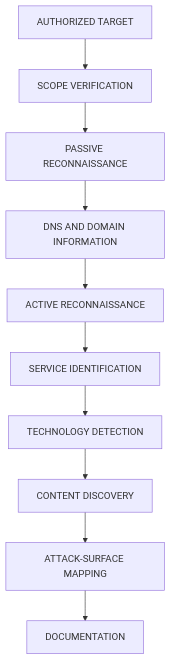
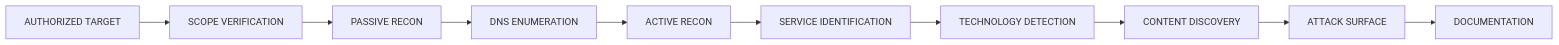
One commit to GhostMaskR/Web-Application-Basics changed the third of 5 diagrams in README.md. Above: the diagram before and after it, drawn with Mermaid. The commit also changed other lines of this file, not shown here.

````diff
--- a/README.md
+++ b/README.md
@@ -311,12 +323,12 @@
 ```mermaid
-flowchart TD
-    A["AUTHORIZED TARGET"] --> B["SCOPE VERIFICATION"]
-    B --> C["PASSIVE RECONNAISSANCE"]
-    C --> D["DNS AND DOMAIN INFORMATION"]
-    D --> E["ACTIVE RECONNAISSANCE"]
-    E --> F["SERVICE IDENTIFICATION"]
-    F --> G["TECHNOLOGY DETECTION"]
-    G --> H["CONTENT DISCOVERY"]
-    H --> I["ATTACK-SURFACE MAPPING"]
-    I --> J["DOCUMENTATION"]
+flowchart LR
+A["AUTHORIZED TARGET"] --> B["SCOPE VERIFICATION"]
+B --> C["PASSIVE RECON"]
+C --> D["DNS ENUMERATION"]
+D --> E["ACTIVE RECON"]
+E --> F["SERVICE IDENTIFICATION"]
+F --> G["TECHNOLOGY DETECTION"]
+G --> H["CONTENT DISCOVERY"]
+H --> I["ATTACK SURFACE"]
+I --> J["DOCUMENTATION"]
 ```
````
